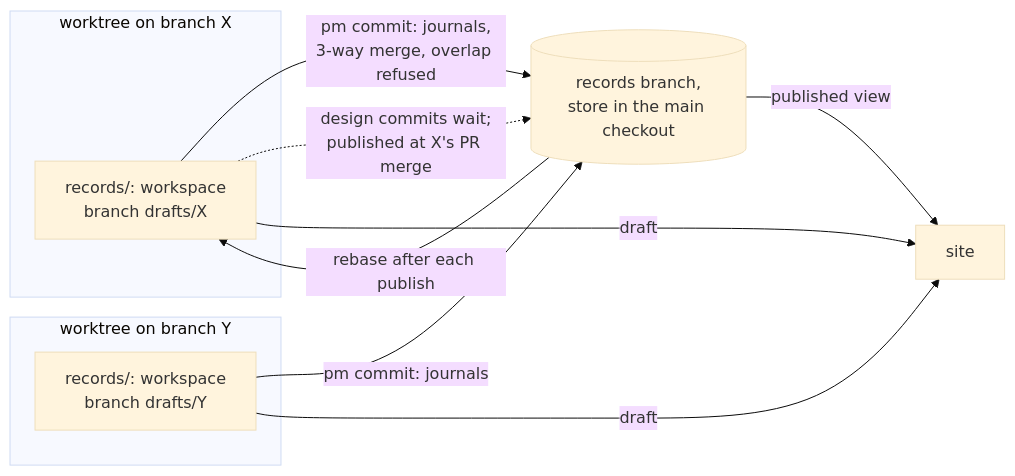
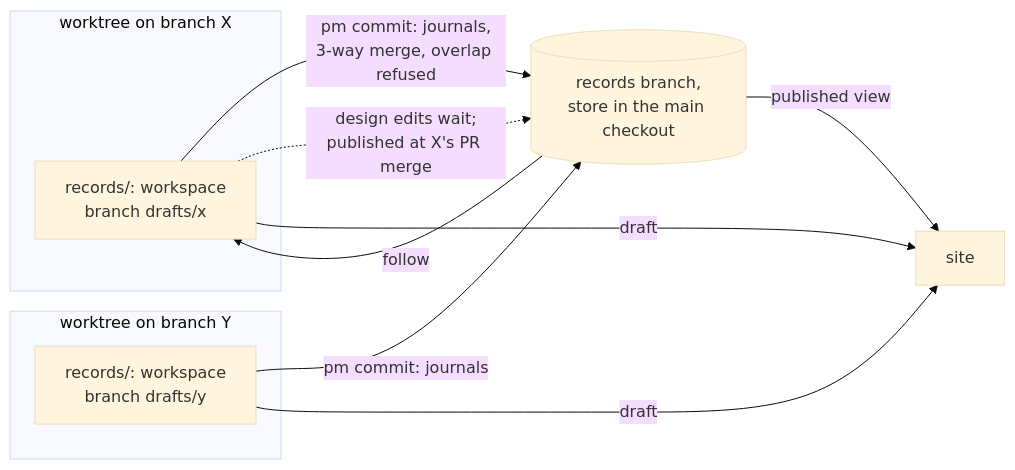
The second of 3 diagrams in design/record-drafts.md (Yeeef/pm), drawn with Mermaid (base theme) before and after one commit. The commit also changed other lines of this file, not shown here.

Commit message:
pm-records sprint 1: record-drafts after review

````diff
--- a/design/record-drafts.md
+++ b/design/record-drafts.md
@@ -155,16 +164,16 @@
 ```mermaid
 flowchart LR
   subgraph wtx["worktree on branch X"]
-    wsx["records/: workspace<br/>branch drafts/X"]
+    wsx["records/: workspace<br/>branch drafts/x"]
   end
   subgraph wty["worktree on branch Y"]
-    wsy["records/: workspace<br/>branch drafts/Y"]
+    wsy["records/: workspace<br/>branch drafts/y"]
   end
   wsx -->|"pm commit: journals,<br/>3-way merge, overlap refused"| rec[("records branch,<br/>store in the main checkout")]
   wsy -->|"pm commit: journals"| rec
-  wsx -.->|"design commits wait;<br/>published at X's PR merge"| rec
-  rec -->|"rebase after each publish"| wsx
+  wsx -.->|"design edits wait;<br/>published at X's PR merge"| rec
+  rec -->|"follow"| wsx
   rec -->|"published view"| site["site"]
   wsx -->|"draft"| site
   wsy -->|"draft"| site
 ```
````
